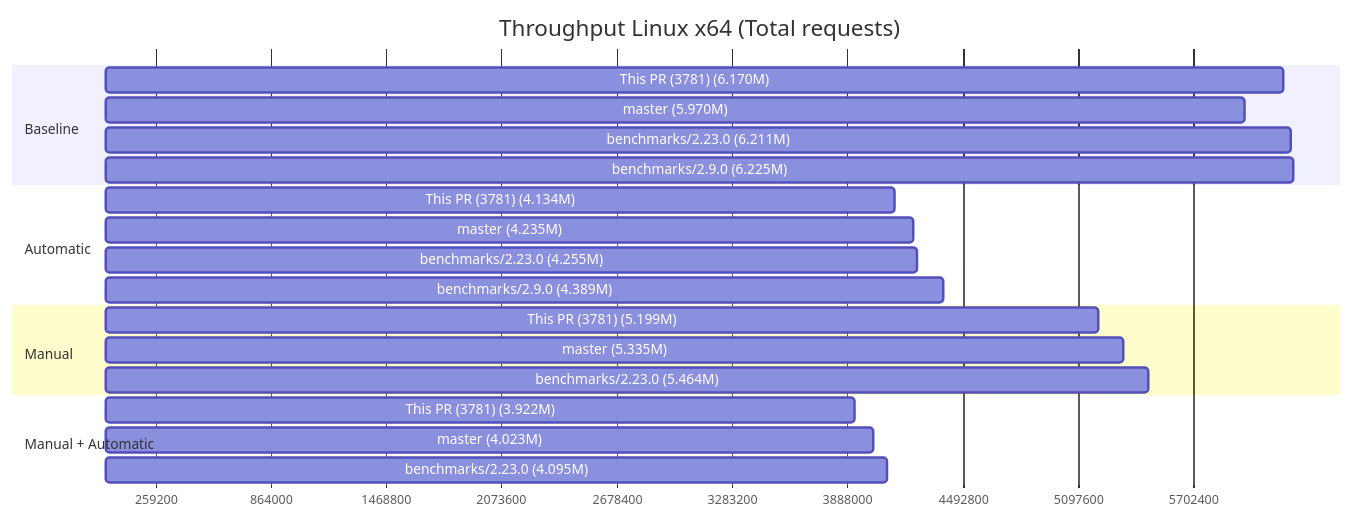
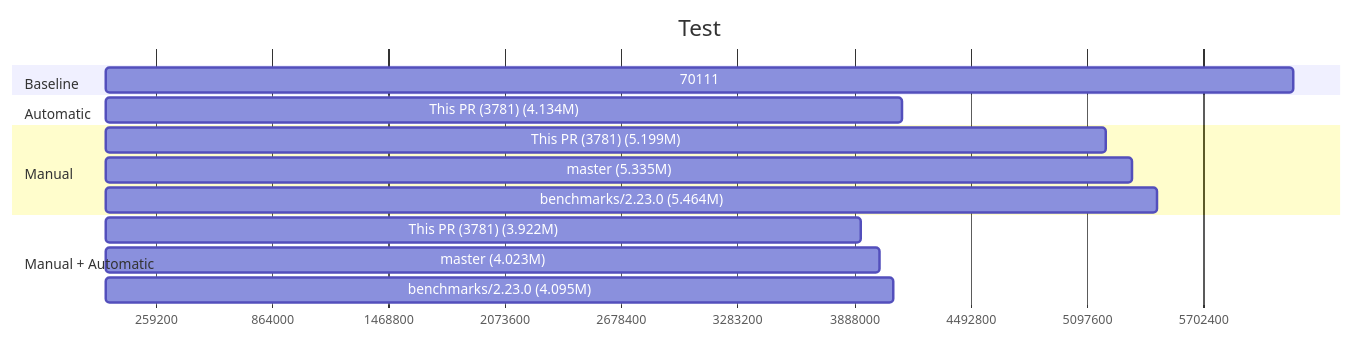
Before and after one commit to karistom/task-status: the second of 2 diagrams in README.md, drawn with Mermaid.

````diff
--- a/README.md
+++ b/README.md
@@ -13,29 +13,23 @@
 ```mermaid
 gantt
-    title Throughput Linux x64 (Total requests) 
+    title Test
     todayMarker off
     dateFormat  X
     axisFormat %s
 
     section Baseline
-    This PR (3781) (6.170M)   : 0, 6170460
-    master (5.970M)   : 0, 5969974
-    benchmarks/2.23.0 (6.211M)   : 0, 6211402
-    benchmarks/2.9.0 (6.225M)   : 0, 6224510
+    70111   : 0, 6170460
 
     section Automatic
     This PR (3781) (4.134M)   : 0, 4134494
-    master (4.235M)   : 0, 4235043
-    benchmarks/2.23.0 (4.255M)   : 0, 4254809
-    benchmarks/2.9.0 (4.389M)   : 0, 4388983
 
     section Manual
     This PR (3781) (5.199M)   : 0, 5199286
     master (5.335M)   : 0, 5335475
     benchmarks/2.23.0 (5.464M)   : 0, 5464474
 
     section Manual + Automatic
     This PR (3781) (3.922M)   : 0, 3921636
     master (4.023M)   : 0, 4023108
     benchmarks/2.23.0 (4.095M)   : 0, 4094835
 ```
````
